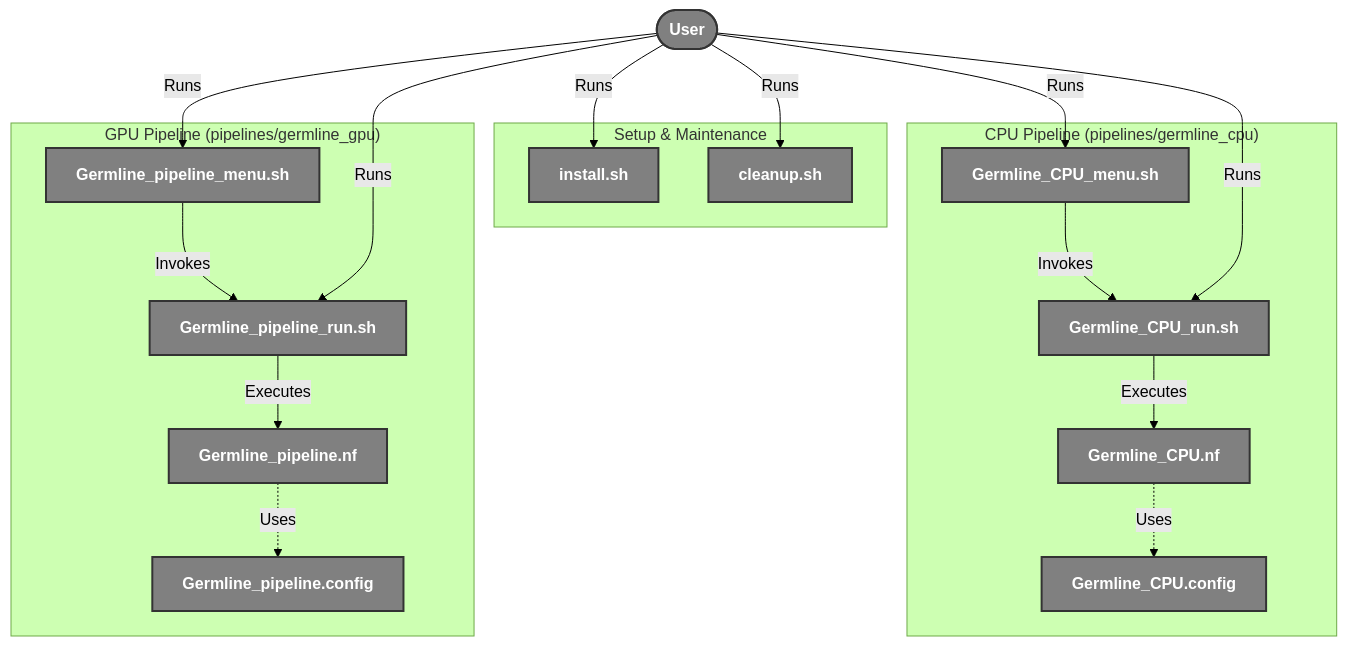
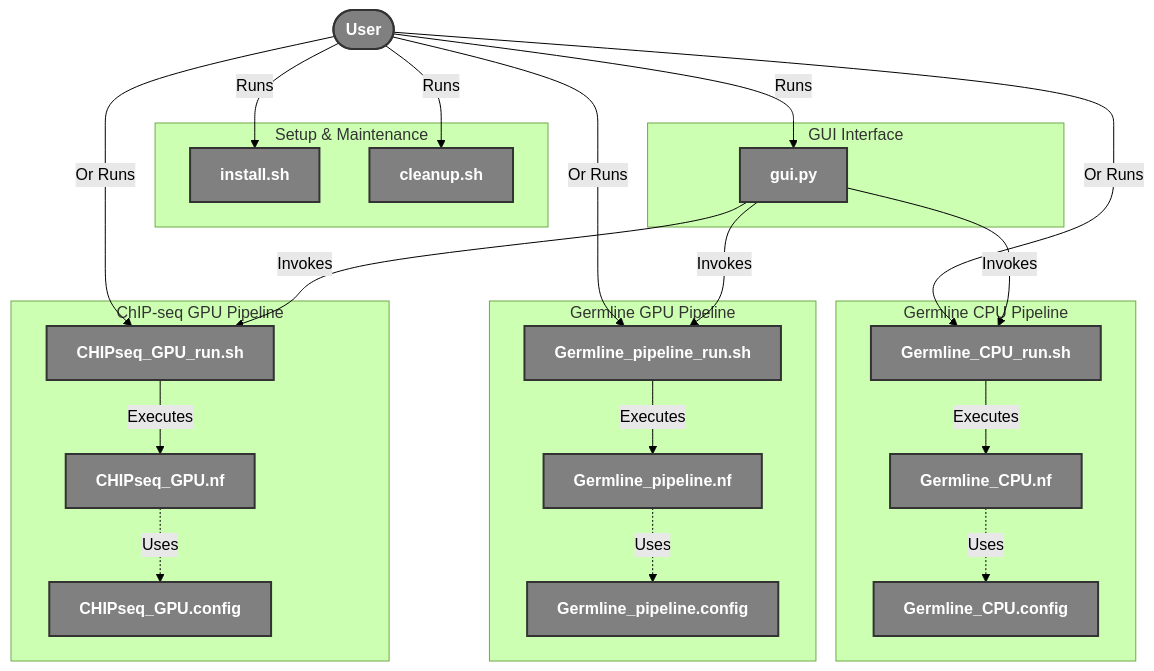
Before and after one commit to Night452/NGS-nextflow: the first of 4 diagrams in README.md, drawn with Mermaid (forest theme). The commit also changed other lines of this file and 2 other files, not shown here.

````diff
--- a/README.md
+++ b/README.md
@@ -17,47 +28,63 @@
 ```mermaid
 graph TD
     User([User])
 
     subgraph "Setup & Maintenance"
         install[install.sh]
         cleanup[cleanup.sh]
     end
 
-    subgraph "CPU Pipeline (pipelines/germline_cpu)"
+    subgraph "GUI Interface"
+        gui[gui.py]
+    end
+
+    subgraph "Germline CPU Pipeline"
         cpu_run[Germline_CPU_run.sh]
         cpu_nf[Germline_CPU.nf]
         cpu_config[Germline_CPU.config]
-        cpu_menu[Germline_CPU_menu.sh]
     end
 
-    subgraph "GPU Pipeline (pipelines/germline_gpu)"
+    subgraph "Germline GPU Pipeline"
         gpu_run[Germline_pipeline_run.sh]
         gpu_nf[Germline_pipeline.nf]
         gpu_config[Germline_pipeline.config]
-        gpu_menu[Germline_pipeline_menu.sh]
     end
 
-    %% Interactions
+    subgraph "ChIP-seq GPU Pipeline"
+        chip_run[CHIPseq_GPU_run.sh]
+        chip_nf[CHIPseq_GPU.nf]
+        chip_config[CHIPseq_GPU.config]
+    end
+
+    %% User interactions
     User -->|Runs| install
     User -->|Runs| cleanup
+    User -->|Runs| gui
     
-    User -->|Runs| cpu_menu
-    cpu_menu -->|Invokes| cpu_run
-    User -->|Runs| cpu_run
+    User -->|Or Runs| cpu_run
+    User -->|Or Runs| gpu_run
+    User -->|Or Runs| chip_run
+
+    %% GUI invoking run scripts
+    gui -->|Invokes| cpu_run
+    gui -->|Invokes| gpu_run
+    gui -->|Invokes| chip_run
+
+    %% Run scripts executing NF
     cpu_run -->|Executes| cpu_nf
+    gpu_run -->|Executes| gpu_nf
+    chip_run -->|Executes| chip_nf
+
+    %% NF using Config
     cpu_nf -.->|Uses| cpu_config
-    
-    User -->|Runs| gpu_menu
-    gpu_menu -->|Invokes| gpu_run
-    User -->|Runs| gpu_run
-    gpu_run -->|Executes| gpu_nf
     gpu_nf -.->|Uses| gpu_config
+    chip_nf -.->|Uses| chip_config
 
-    %% Descriptions
+    %% Styling
     classDef default fill:#808080,stroke:#333,stroke-width:2px,color:#ffffff,font-weight:bold;
     classDef script fill:#808080,stroke:#333,stroke-width:2px,color:#ffffff,font-weight:bold;
     classDef nf fill:#808080,stroke:#333,stroke-width:2px,color:#ffffff,font-weight:bold;
     
-    class install,cleanup,cpu_run,gpu_run,cpu_menu,gpu_menu script;
-    class cpu_nf,gpu_nf,cpu_config,gpu_config nf;
+    class install,cleanup,gui,cpu_run,gpu_run,chip_run script;
+    class cpu_nf,gpu_nf,chip_nf,cpu_config,gpu_config,chip_config nf;
 ```
````
